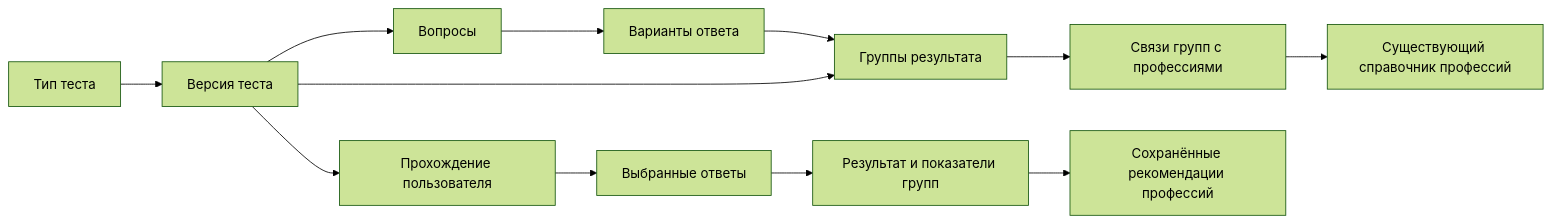
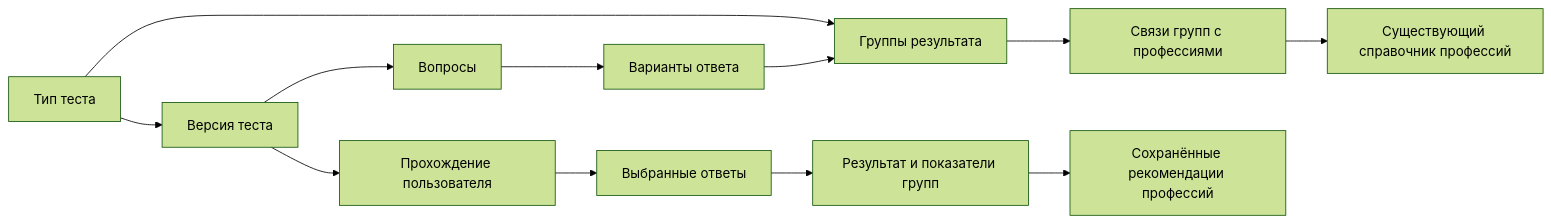
The diagram in docs/subsystems/profstart/index.md (atlassys-smm/RZN), drawn with Mermaid (forest theme) before and after one commit. The commit also changed other lines of this file and 16 other files, not shown here.

````diff
--- a/docs/subsystems/profstart/index.md
+++ b/docs/subsystems/profstart/index.md
@@ -22,14 +22,14 @@
 ```mermaid
 flowchart LR
     T[Тип теста] --> V[Версия теста]
     V --> Q[Вопросы]
     Q --> O[Варианты ответа]
     O --> G[Группы результата]
-    V --> G
+    T --> G
     G --> GP[Связи групп с профессиями]
     GP --> P[Существующий справочник профессий]
     V --> S[Прохождение пользователя]
     S --> A[Выбранные ответы]
     A --> R[Результат и показатели групп]
     R --> RP[Сохранённые рекомендации профессий]
 ```
````
